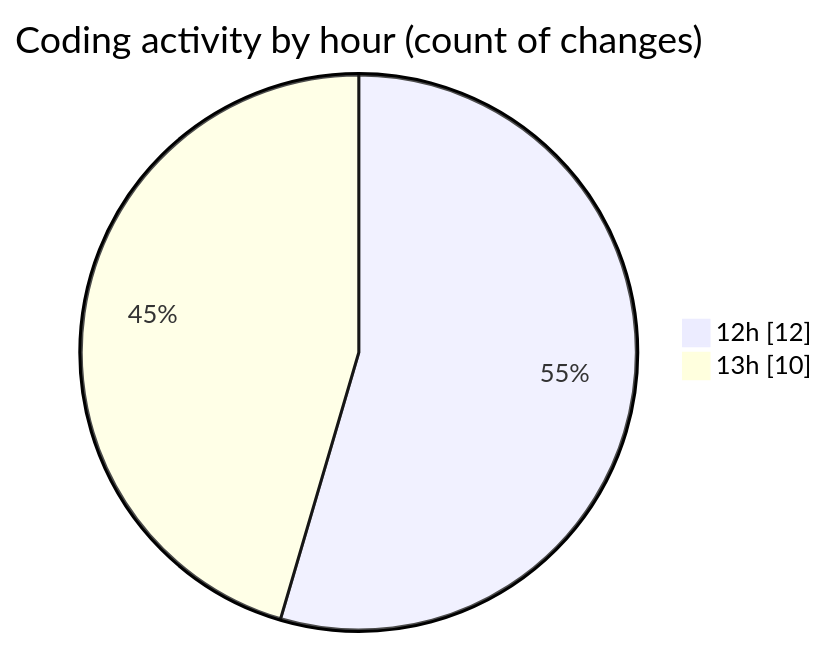
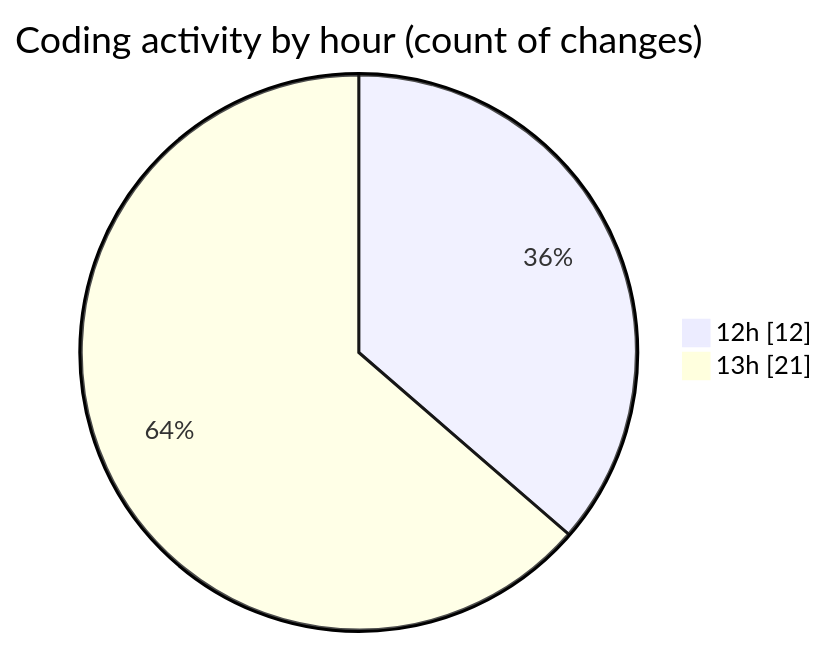
Before and after one commit to CELIANVF/code-tracking: the second of 2 diagrams in 2025-06-09/androidsumapp/README.md, drawn with Mermaid. The commit also changed other lines of this file and 1 other file, not shown here.

````diff
--- a/2025-06-09/androidsumapp/README.md
+++ b/2025-06-09/androidsumapp/README.md
@@ -34,6 +35,6 @@
 ```mermaid
 pie showData
 title Coding activity by hour (count of changes)
 "12h" : 12
-"13h" : 10
+"13h" : 21
 ```
````
